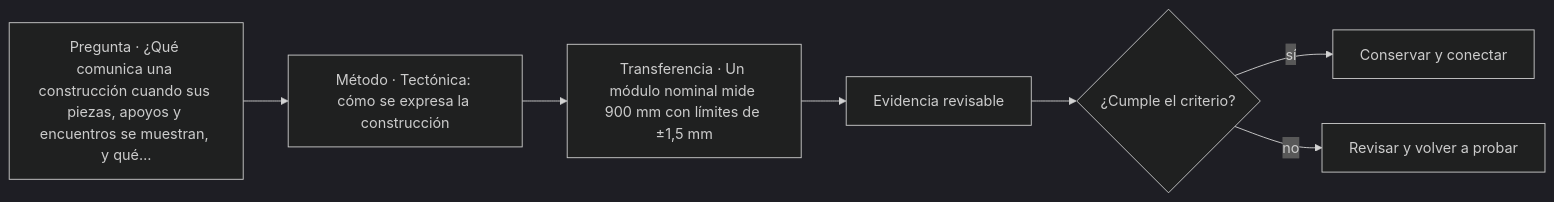
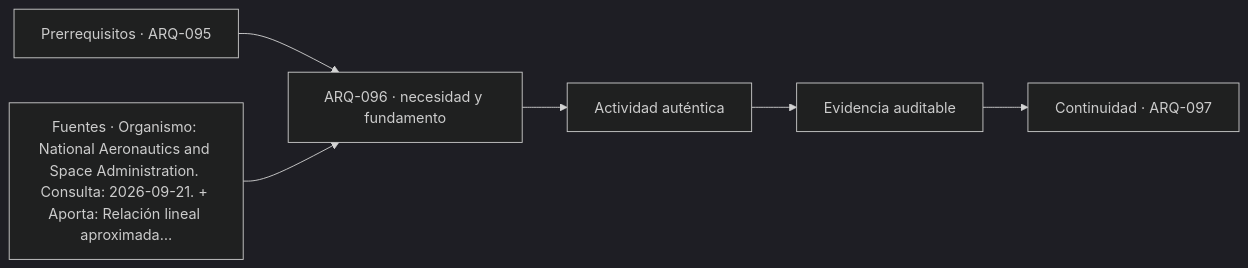
One commit to vladimiracunadev-create/architecture-built-environment-learning-program changed the diagram in classes/parte-10/ARQ-096.md. Above: the diagram before and after it, drawn with Mermaid (dark theme). The commit also changed other lines of this file and 761 other files, not shown here.

````diff
--- a/classes/parte-10/ARQ-096.md
+++ b/classes/parte-10/ARQ-096.md
@@ -102,9 +114,8 @@
 ```mermaid
 flowchart LR
-    Q["Pregunta · ¿Qué comunica una construcción cuando sus piezas, apoyos y encuentros se muestran, y qué…"] --> M["Método · Tectónica: cómo se expresa la construcción"]
-    M --> P["Transferencia · Un módulo nominal mide 900 mm con límites de ±1,5 mm"]
-    P --> E["Evidencia revisable"]
-    E --> C{"¿Cumple el criterio?"}
-    C -->|sí| T["Conservar y conectar"]
-    C -->|no| R["Revisar y volver a probar"]
+    A["Prerrequisitos · ARQ-095"] --> B["ARQ-096 · necesidad y fundamento"]
+    S["Fuentes · Organismo: National Aeronautics and Space Administration. Consulta: 2026-09-21. + Aporta: Relación lineal aproximada…"] --> B
+    B --> C["Actividad auténtica"]
+    C --> D["Evidencia auditable"]
+    D --> E["Continuidad · ARQ-097"]
 ```
````
